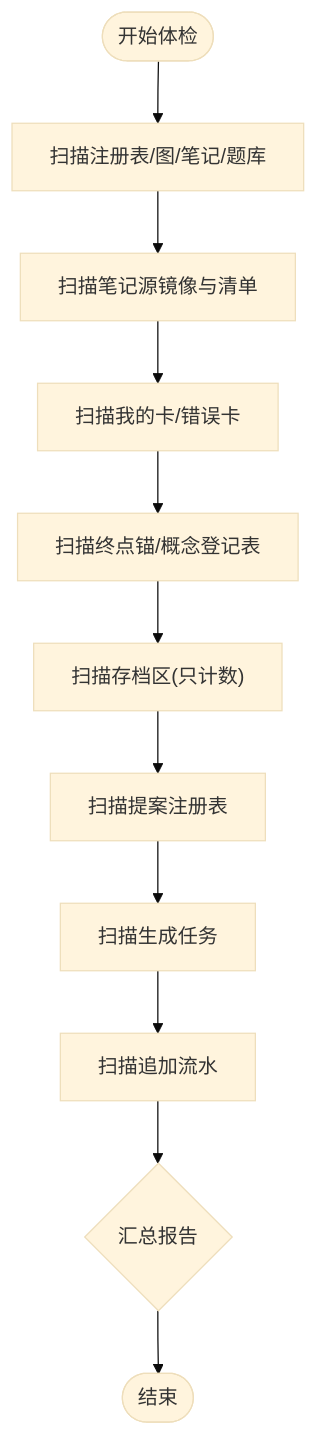
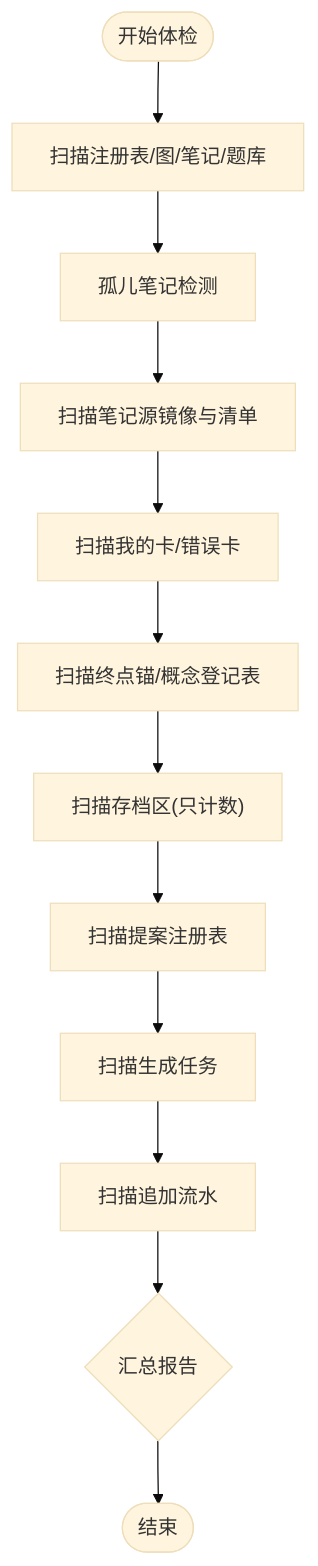
One commit to maozhijie/learnhub-plugin changed the third of 10 diagrams in .qoder/repowiki/zh/content/故障排除/数据恢复.md. Above: the diagram before and after it, drawn with Mermaid (base theme). The commit also changed other lines of this file and 43 other files, not shown here.

````diff
--- a/.qoder/repowiki/zh/content/故障排除/数据恢复.md
+++ b/.qoder/repowiki/zh/content/故障排除/数据恢复.md
@@ -144,13 +145,14 @@
 ```mermaid
 flowchart TD
 Start(["开始体检"]) --> ScanReg["扫描注册表/图/笔记/题库"]
-ScanReg --> ScanSources["扫描笔记源镜像与清单"]
+ScanReg --> OrphanCheck["孤儿笔记检测"]
+OrphanCheck --> ScanSources["扫描笔记源镜像与清单"]
 ScanSources --> ScanCards["扫描我的卡/错误卡"]
 ScanCards --> ScanAnchors["扫描终点锚/概念登记表"]
 ScanAnchors --> ScanArchive["扫描存档区(只计数)"]
 ScanArchive --> ScanProposals["扫描提案注册表"]
 ScanProposals --> ScanGenJobs["扫描生成任务"]
 ScanGenJobs --> ScanEvidence["扫描追加流水"]
 ScanEvidence --> Report{"汇总报告"}
 Report --> End(["结束"])
 ```
````
